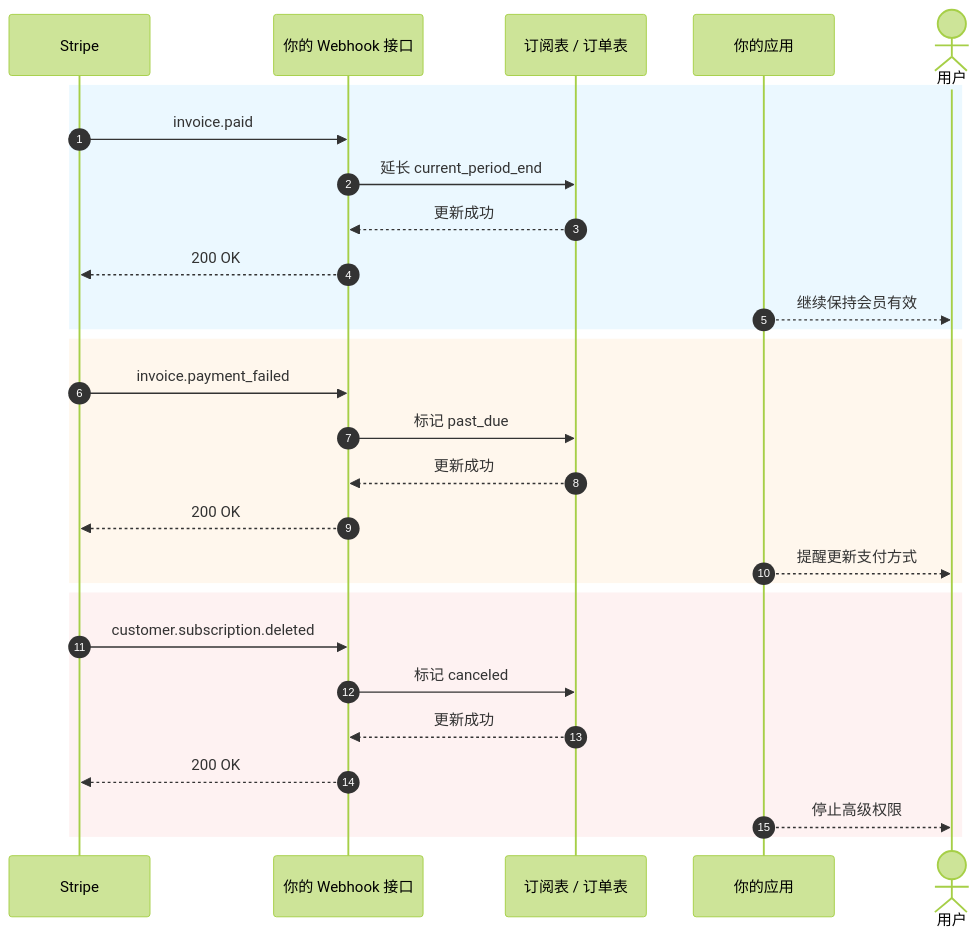
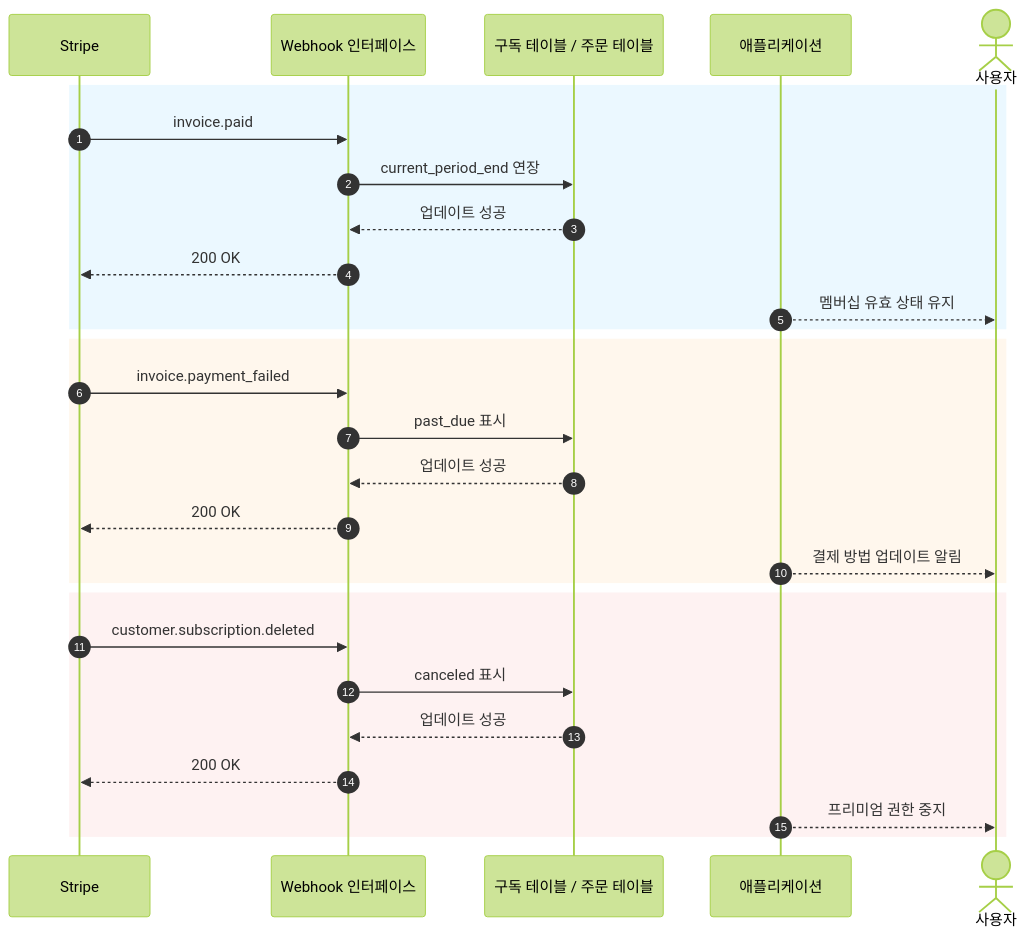
One commit to sketchymonk/easy-vibe changed the sixth of 6 diagrams in docs/ko-kr/stage-2/backend/stripe-payment/index.md. Above: the diagram before and after it, drawn with Mermaid (forest theme). The commit also changed other lines of this file and 59 other files, not shown here.

````diff
--- a/docs/ko-kr/stage-2/backend/stripe-payment/index.md
+++ b/docs/ko-kr/stage-2/backend/stripe-payment/index.md
@@ -692,33 +692,33 @@
 ```mermaid
 sequenceDiagram
   autonumber
   participant Stripe as Stripe
-  participant Webhook as 你的 Webhook 接口
-  participant DB as 订阅表 / 订单表
-  participant App as 你的应用
-  actor User as 用户
+  participant Webhook as Webhook 인터페이스
+  participant DB as 구독 테이블 / 주문 테이블
+  participant App as 애플리케이션
+  actor User as 사용자
 
   rect rgb(235, 248, 255)
     Stripe->>Webhook: invoice.paid
-    Webhook->>DB: 延长 current_period_end
-    DB-->>Webhook: 更新成功
+    Webhook->>DB: current_period_end 연장
+    DB-->>Webhook: 업데이트 성공
     Webhook-->>Stripe: 200 OK
-    App-->>User: 继续保持会员有效
+    App-->>User: 멤버십 유효 상태 유지
   end
 
   rect rgb(255, 247, 237)
     Stripe->>Webhook: invoice.payment_failed
-    Webhook->>DB: 标记 past_due
-    DB-->>Webhook: 更新成功
+    Webhook->>DB: past_due 표시
+    DB-->>Webhook: 업데이트 성공
     Webhook-->>Stripe: 200 OK
-    App-->>User: 提醒更新支付方式
+    App-->>User: 결제 방법 업데이트 알림
   end
 
   rect rgb(254, 242, 242)
     Stripe->>Webhook: customer.subscription.deleted
-    Webhook->>DB: 标记 canceled
-    DB-->>Webhook: 更新成功
+    Webhook->>DB: canceled 표시
+    DB-->>Webhook: 업데이트 성공
     Webhook-->>Stripe: 200 OK
-    App-->>User: 停止高级权限
+    App-->>User: 프리미엄 권한 중지
   end
 ```
````
